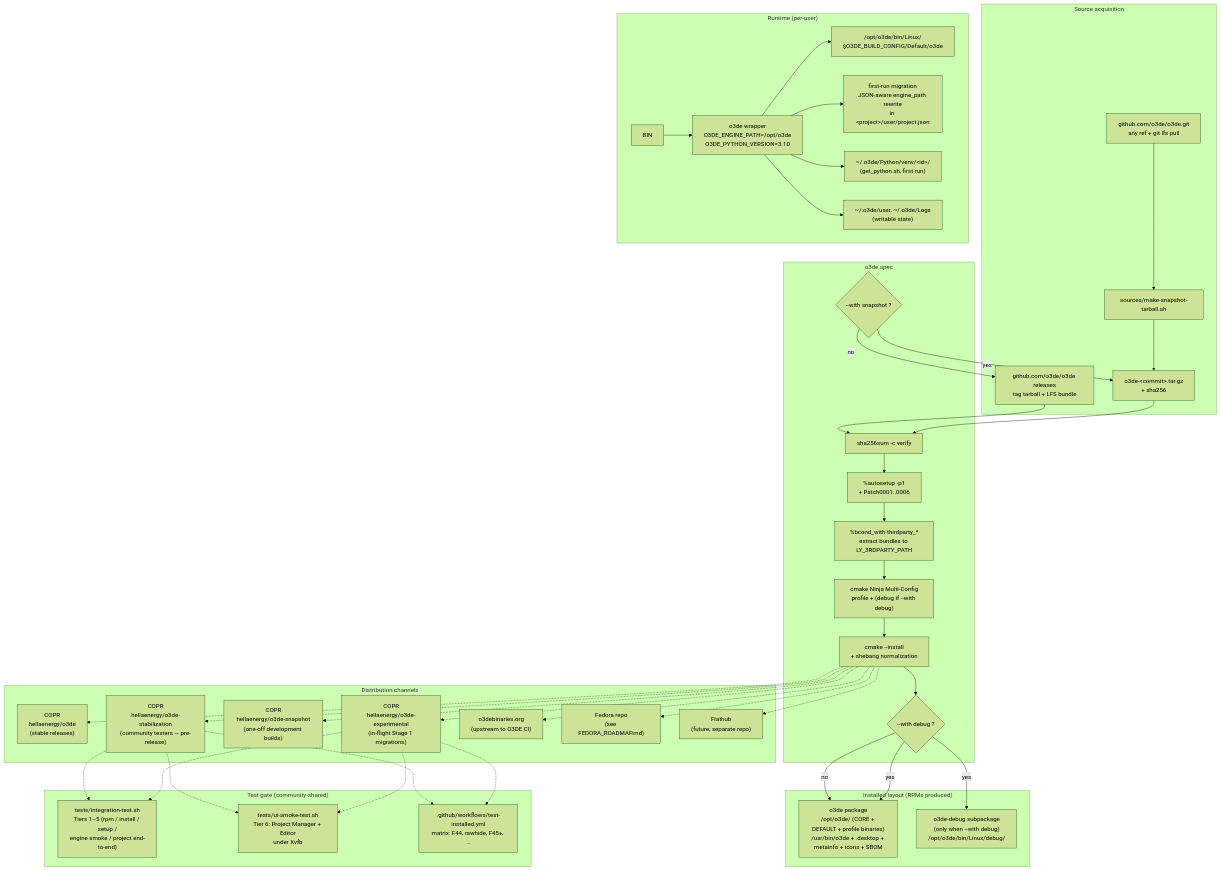
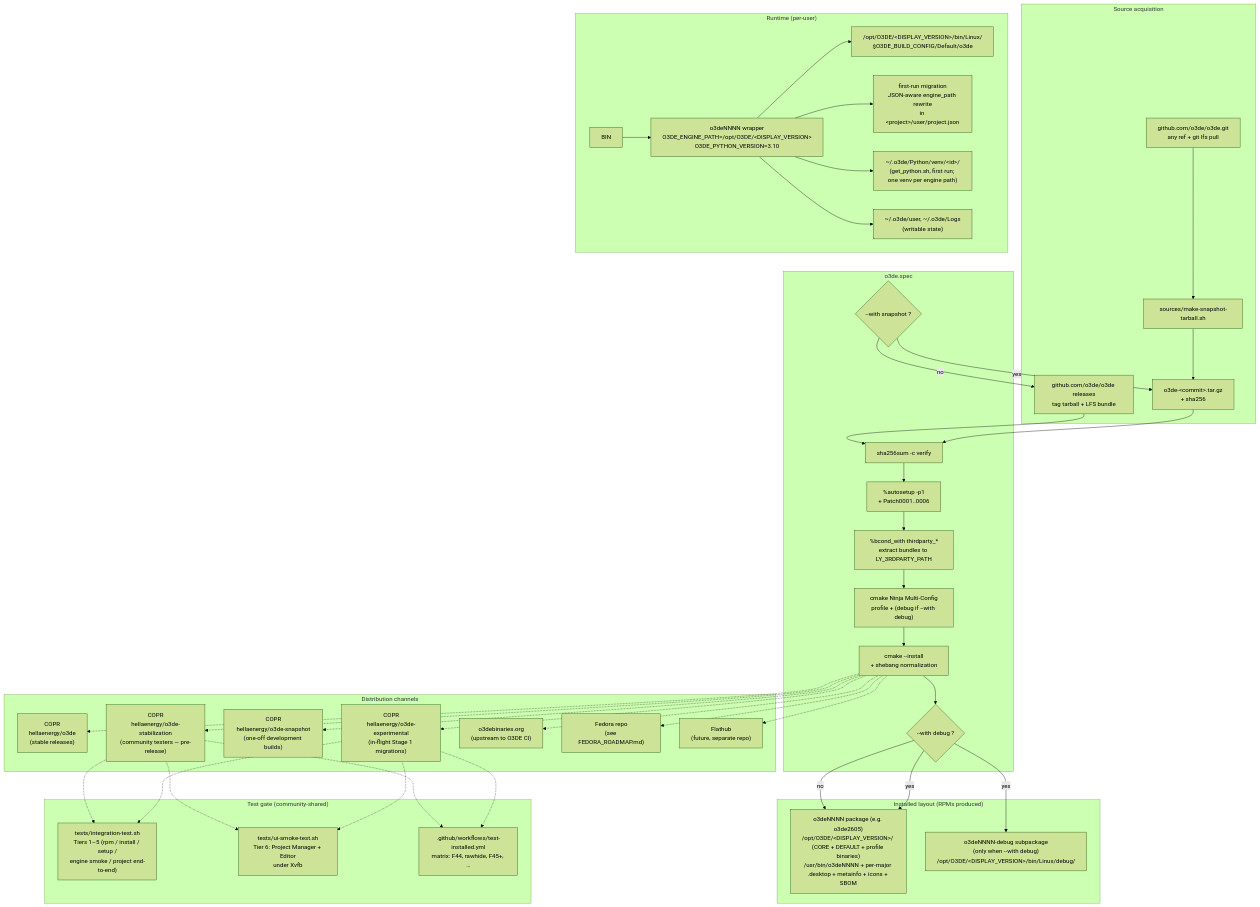
Before and after one commit to nickschuetz/o3de-rpm: the diagram in ARCHITECTURE.md, drawn with Mermaid (forest theme). The commit also changed other lines of this file and 7 other files, not shown here.

````diff
--- a/ARCHITECTURE.md
+++ b/ARCHITECTURE.md
@@ -7,74 +7,74 @@
 ```mermaid
 flowchart TB
     subgraph SRC["Source acquisition"]
         S1["github.com/o3de/o3de releases<br/>tag tarball + LFS bundle"]
         S2["github.com/o3de/o3de.git<br/>any ref + git lfs pull"]
         SH["sources/make-snapshot-tarball.sh"]
         S2 --> SH --> SNAP["o3de-&lt;commit&gt;.tar.gz<br/>+ sha256"]
     end
 
     subgraph SPEC["o3de.spec"]
         BC{"--with snapshot ?"}
         SHA["sha256sum -c verify"]
         AUTO["%autosetup -p1<br/>+ Patch0001..0006"]
         TP["%bcond_with thirdparty_*<br/>extract bundles to LY_3RDPARTY_PATH"]
         BUILD["cmake Ninja Multi-Config<br/>profile + (debug if --with debug)"]
         INST["cmake --install<br/>+ shebang normalization"]
         DBG{"--with debug ?"}
         BC -->|no| S1
         BC -->|yes| SNAP
         S1 --> SHA
         SNAP --> SHA
         SHA --> AUTO --> TP --> BUILD --> INST
         INST --> DBG
     end
 
     subgraph INSTALL["Installed layout (RPMs produced)"]
-        MAIN["o3de package<br/>/opt/o3de/ (CORE + DEFAULT + profile binaries)<br/>/usr/bin/o3de + .desktop + metainfo + icons + SBOM"]
-        DBGPKG["o3de-debug subpackage<br/>(only when --with debug)<br/>/opt/o3de/bin/Linux/debug/"]
+        MAIN["o3deNNNN package (e.g. o3de2605)<br/>/opt/O3DE/&lt;DISPLAY_VERSION&gt;/ (CORE + DEFAULT + profile binaries)<br/>/usr/bin/o3deNNNN + per-major .desktop + metainfo + icons + SBOM"]
+        DBGPKG["o3deNNNN-debug subpackage<br/>(only when --with debug)<br/>/opt/O3DE/&lt;DISPLAY_VERSION&gt;/bin/Linux/debug/"]
         DBG -->|no| MAIN
         DBG -->|yes| MAIN
         DBG -->|yes| DBGPKG
     end
 
     subgraph RT["Runtime (per-user)"]
-        WRAP["o3de wrapper<br/>O3DE_ENGINE_PATH=/opt/o3de<br/>O3DE_PYTHON_VERSION=3.10"]
+        WRAP["o3deNNNN wrapper<br/>O3DE_ENGINE_PATH=/opt/O3DE/&lt;DISPLAY_VERSION&gt;<br/>O3DE_PYTHON_VERSION=3.10"]
         MIG["first-run migration<br/>JSON-aware engine_path rewrite<br/>in &lt;project&gt;/user/project.json"]
-        PY["~/.o3de/Python/venv/&lt;id&gt;/<br/>(get_python.sh, first run)"]
+        PY["~/.o3de/Python/venv/&lt;id&gt;/<br/>(get_python.sh, first run; one venv per engine path)"]
         UD["~/.o3de/user, ~/.o3de/Logs<br/>(writable state)"]
-        ENG["/opt/o3de/bin/Linux/<br/>$O3DE_BUILD_CONFIG/Default/o3de"]
+        ENG["/opt/O3DE/&lt;DISPLAY_VERSION&gt;/bin/Linux/<br/>$O3DE_BUILD_CONFIG/Default/o3de"]
         BIN --> WRAP --> ENG
         WRAP --> MIG
         WRAP --> PY
         WRAP --> UD
     end
 
     subgraph DIST["Distribution channels"]
         DC1A["COPR<br/>hellaenergy/o3de<br/>(stable releases)"]
         DC1B["COPR<br/>hellaenergy/o3de-stabilization<br/>(community testers — pre-release)"]
         DC1S["COPR<br/>hellaenergy/o3de-snapshot<br/>(one-off development builds)"]
         DC1C["COPR<br/>hellaenergy/o3de-experimental<br/>(in-flight Stage 1 migrations)"]
         DC2["o3debinaries.org<br/>(upstream to O3DE CI)"]
         DC3["Fedora repo<br/>(see FEDORA_ROADMAP.md)"]
         DC4["Flathub<br/>(future, separate repo)"]
         INST -.-> DC1A
         INST -.-> DC1B
         INST -.-> DC1S
         INST -.-> DC1C
         INST -.-> DC2
         INST -.-> DC3
         INST -.-> DC4
     end
 
     subgraph TEST["Test gate (community-shared)"]
         T1["tests/integration-test.sh<br/>Tiers 1–5 (rpm / install / setup /<br/>engine smoke / project end-to-end)"]
         T2["tests/ui-smoke-test.sh<br/>Tier 6: Project Manager + Editor<br/>under Xvfb"]
         T3[".github/workflows/test-installed.yml<br/>matrix: F44, rawhide, F45+, …"]
         DC1B -.-> T1
         DC1B -.-> T2
         DC1B -.-> T3
         DC1C -.-> T1
         DC1C -.-> T2
         DC1C -.-> T3
     end
 ```
````
